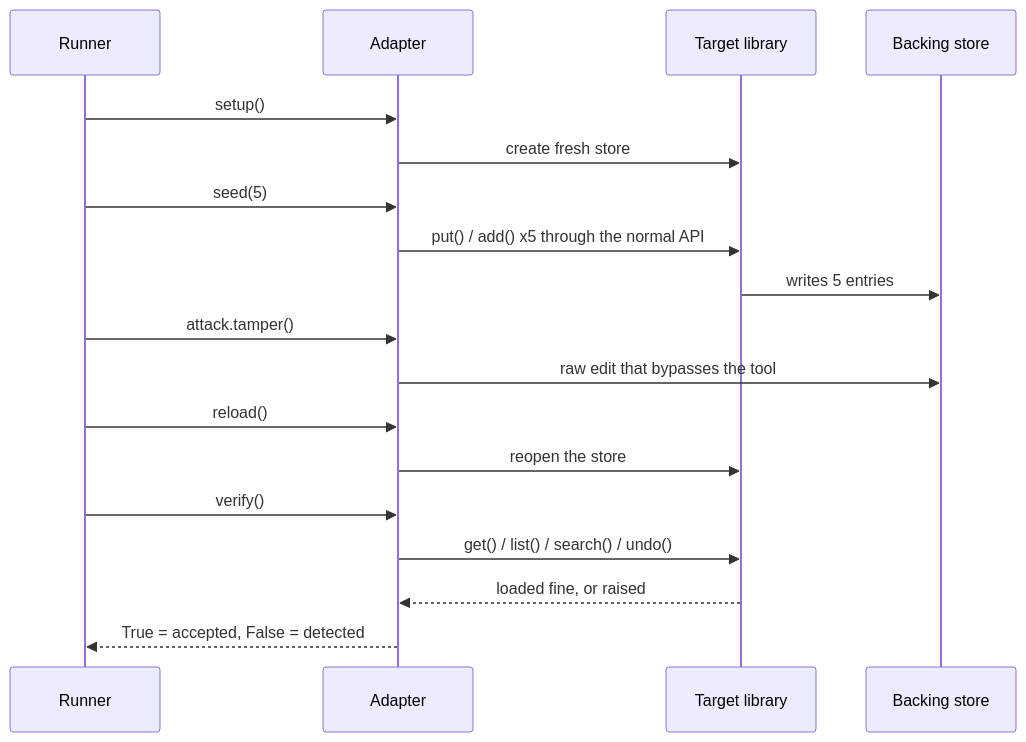
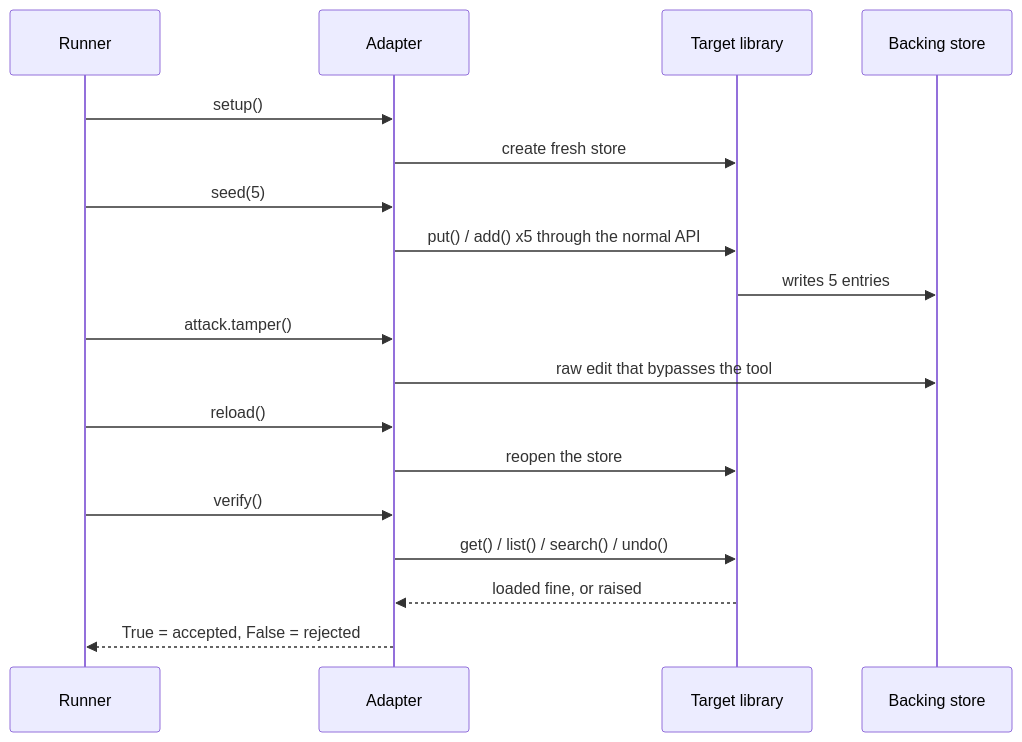
Before and after one commit to tech4biz-yasha/agmi: the second of 3 diagrams in README.md, drawn with Mermaid. The commit also changed other lines of this file and 3 other files, not shown here.

Commit message:
verdict words follow the proposed 5.4.7 method: rejected, reported, accepted; README at-rest table at eight columns with the inspeximus T6 finding

````diff
--- a/README.md
+++ b/README.md
@@ -161,23 +165,23 @@
 ```mermaid
 sequenceDiagram
     participant R as Runner
     participant Ad as Adapter
     participant Tool as Target library
     participant Store as Backing store
 
     R->>Ad: setup()
     Ad->>Tool: create fresh store
     R->>Ad: seed(5)
     Ad->>Tool: put() / add() x5 through the normal API
     Tool->>Store: writes 5 entries
 
     R->>Ad: attack.tamper()
     Ad->>Store: raw edit that bypasses the tool
 
     R->>Ad: reload()
     Ad->>Tool: reopen the store
     R->>Ad: verify()
     Ad->>Tool: get() / list() / search() / undo()
     Tool-->>Ad: loaded fine, or raised
-    Ad-->>R: True = accepted, False = detected
+    Ad-->>R: True = accepted, False = rejected
 ```
````
